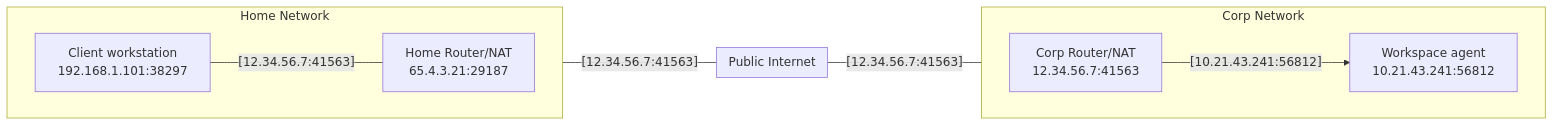
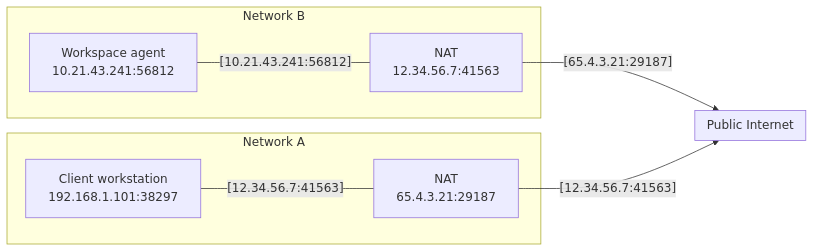
Before and after one commit to coder/coder: the third of 4 diagrams in docs/networking/stun.md, drawn with Mermaid.

Commit message:
adjust graph for example 2

````diff
--- a/docs/networking/stun.md
+++ b/docs/networking/stun.md
@@ -108,21 +108,20 @@
 ```mermaid
 flowchart LR
-  subgraph homenet["Home Network"]
-    direction LR
+  subgraph homenet["Network A"]
     client["Client workstation\n192.168.1.101:38297"]
-    homenat["Home Router/NAT\n65.4.3.21:29187"]
+    homenat["NAT\n65.4.3.21:29187"]
   end
-  subgraph corpnet["Corp Network"]
-    direction LR
+  subgraph corpnet["Network B"]
     agent["Workspace agent\n10.21.43.241:56812"]
-    corpnat["Corp Router/NAT\n12.34.56.7:41563"]
+    corpnat["NAT\n12.34.56.7:41563"]
   end
 
   subgraph internet["Public Internet"]
   end
 
   client -- "[12.34.56.7:41563]" --- homenat
-  homenat -- "[12.34.56.7:41563]" --- internet
-  internet -- "[12.34.56.7:41563]" --- corpnat
-  corpnat -- "[10.21.43.241:56812]" --> agent
+  agent -- "[10.21.43.241:56812]" --- corpnat
+  corpnat -- "[65.4.3.21:29187]" --> internet
+  homenat -- "[12.34.56.7:41563]" --> internet
+
 ```
````
